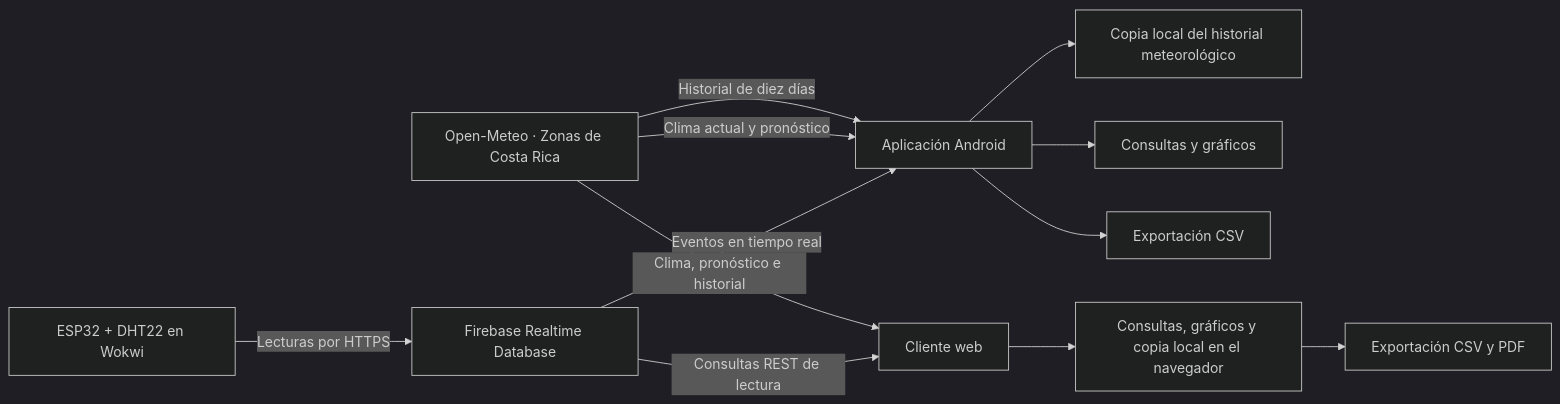
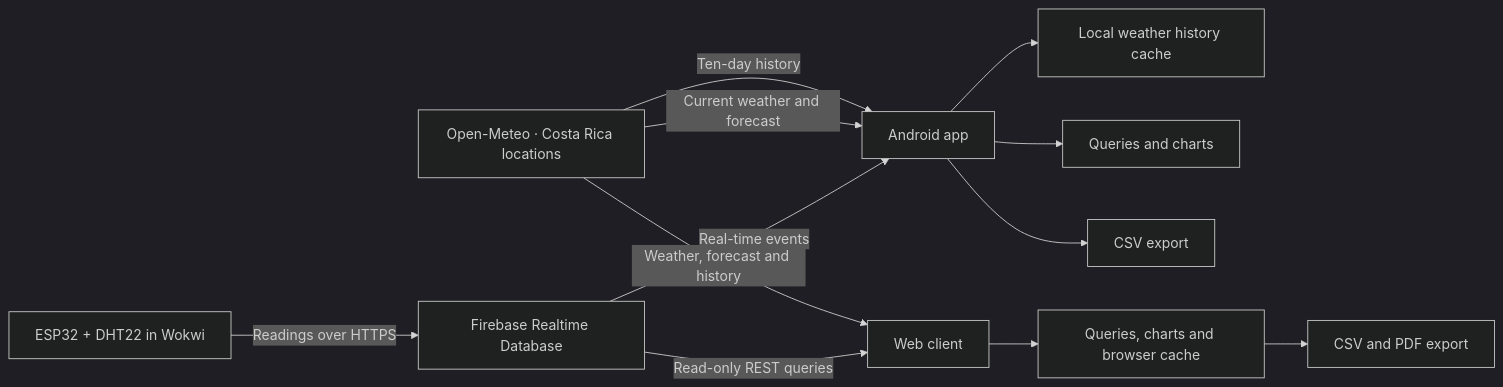
Before and after one commit to greivinsmv/Consulta-de-variables-ambientales: the diagram in README.md, drawn with Mermaid (dark theme). The commit also changed other lines of this file and 9 other files, not shown here.

````diff
--- a/README.md
+++ b/README.md
@@ -24,14 +28,14 @@
 ```mermaid
 flowchart LR
-    A[ESP32 + DHT22 en Wokwi] -->|Lecturas por HTTPS| B[Firebase Realtime Database]
-    B -->|Eventos en tiempo real| C[Aplicación Android]
-    B -->|Consultas REST de lectura| W[Cliente web]
-    F[Open-Meteo · Zonas de Costa Rica] -->|Clima actual y pronóstico| C
-    F -->|Historial de diez días| C
-    F -->|Clima, pronóstico e historial| W
-    C --> G[Copia local del historial meteorológico]
-    C --> D[Consultas y gráficos]
-    C --> E[Exportación CSV]
-    W --> H[Consultas, gráficos y copia local en el navegador]
-    H --> I[Exportación CSV y PDF]
+    A[ESP32 + DHT22 in Wokwi] -->|Readings over HTTPS| B[Firebase Realtime Database]
+    B -->|Real-time events| C[Android app]
+    B -->|Read-only REST queries| W[Web client]
+    F[Open-Meteo · Costa Rica locations] -->|Current weather and forecast| C
+    F -->|Ten-day history| C
+    F -->|Weather, forecast and history| W
+    C --> G[Local weather history cache]
+    C --> D[Queries and charts]
+    C --> E[CSV export]
+    W --> H[Queries, charts and browser cache]
+    H --> I[CSV and PDF export]
 ```
````
